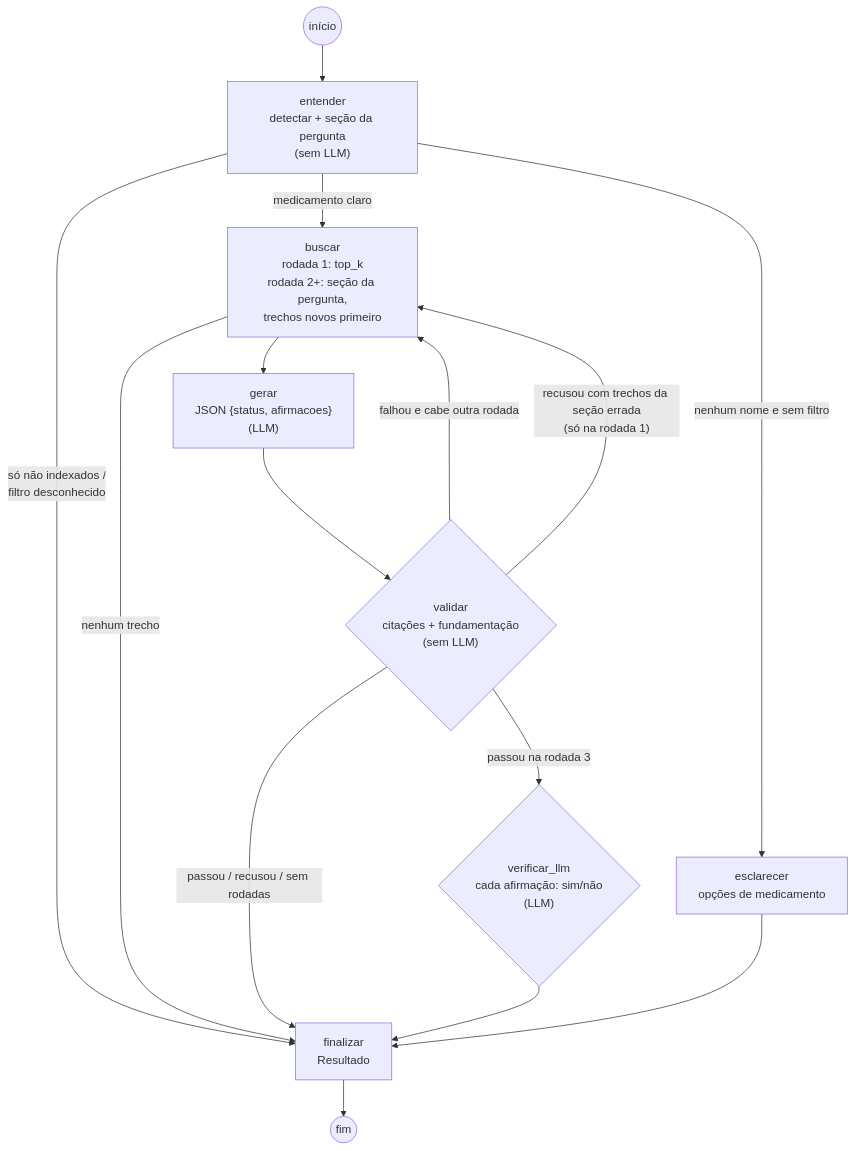
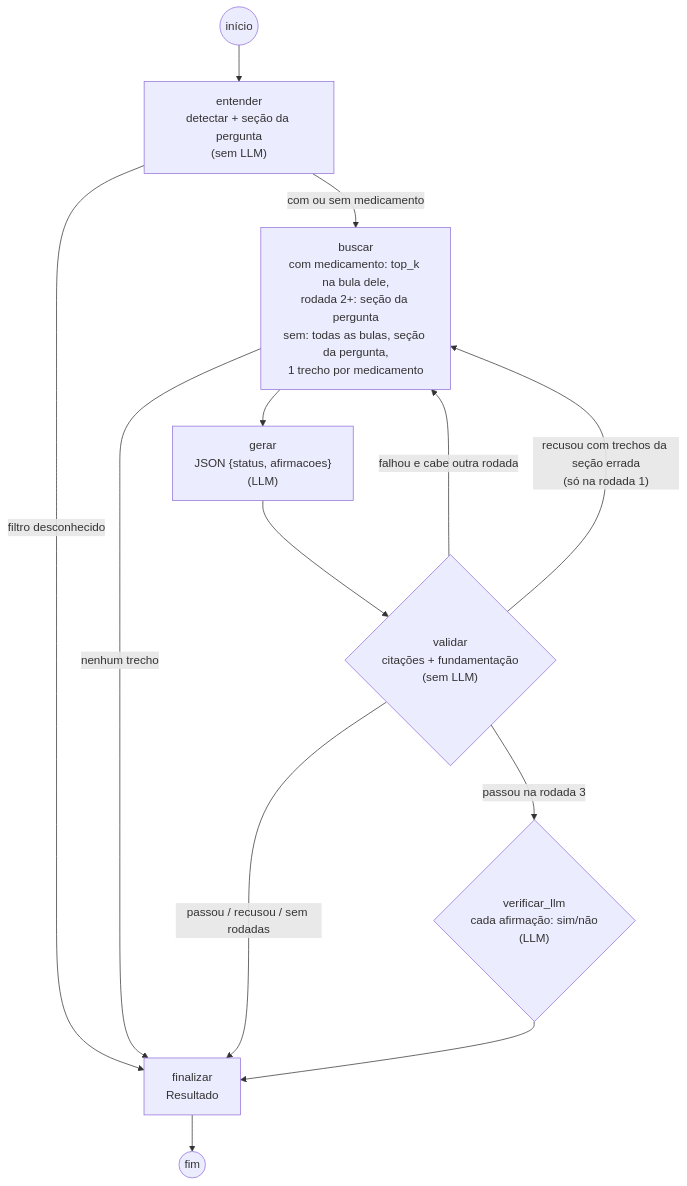
The third of 5 diagrams in README.md (umdevaprendiz/farma-rag), drawn with Mermaid before and after one commit. The commit also changed other lines of this file and 36 other files, not shown here.

Commit message:
conversa com contexto, respostas com bula, tabela de interações do Omenax e bula dipirona

````diff
--- a/README.md
+++ b/README.md
@@ -141,17 +145,15 @@
 ```mermaid
 flowchart TD
   S((início)) --> EN["entender<br/>detectar + seção da pergunta<br/>(sem LLM)"]
-  EN -- "nenhum nome e sem filtro" --> ES["esclarecer<br/>opções de medicamento"]
-  EN -- "só não indexados /<br/>filtro desconhecido" --> FI
-  EN -- "medicamento claro" --> BU["buscar<br/>rodada 1: top_k<br/>rodada 2+: seção da pergunta,<br/>trechos novos primeiro"]
+  EN -- "filtro desconhecido" --> FI
+  EN -- "com ou sem medicamento" --> BU["buscar<br/>com medicamento: top_k na bula dele,<br/>rodada 2+: seção da pergunta<br/>sem: todas as bulas, seção da pergunta,<br/>1 trecho por medicamento"]
   BU -- "nenhum trecho" --> FI
   BU --> GE["gerar<br/>JSON {status, afirmacoes}<br/>(LLM)"]
   GE --> VA{"validar<br/>citações + fundamentação<br/>(sem LLM)"}
   VA -- "falhou e cabe outra rodada" --> BU
   VA -- "recusou com trechos da seção errada<br/>(só na rodada 1)" --> BU
   VA -- "passou na rodada 3" --> VL{"verificar_llm<br/>cada afirmação: sim/não<br/>(LLM)"}
   VA -- "passou / recusou / sem rodadas" --> FI
-  VL --> FI
-  ES --> FI["finalizar<br/>Resultado"]
+  VL --> FI["finalizar<br/>Resultado"]
   FI --> E((fim))
 ```
````
